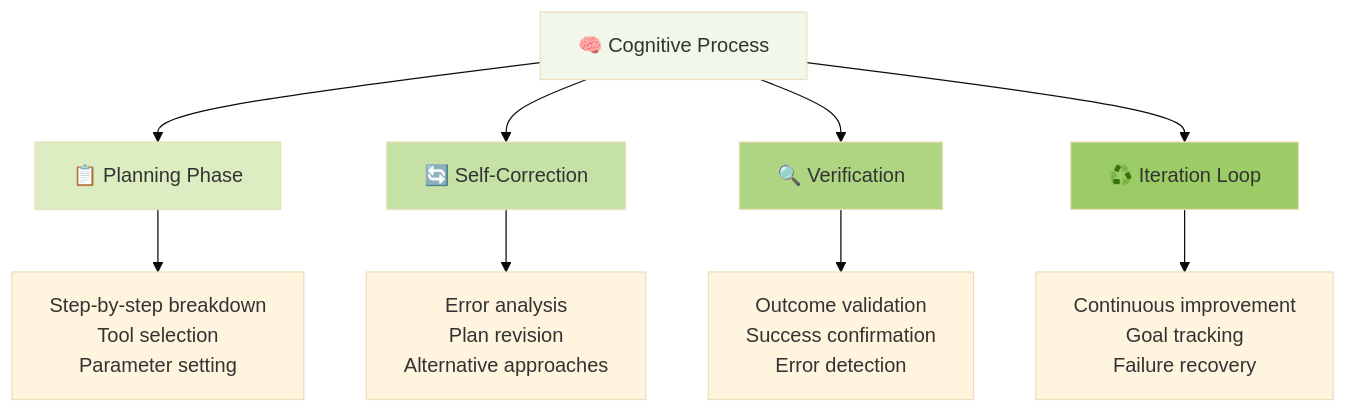
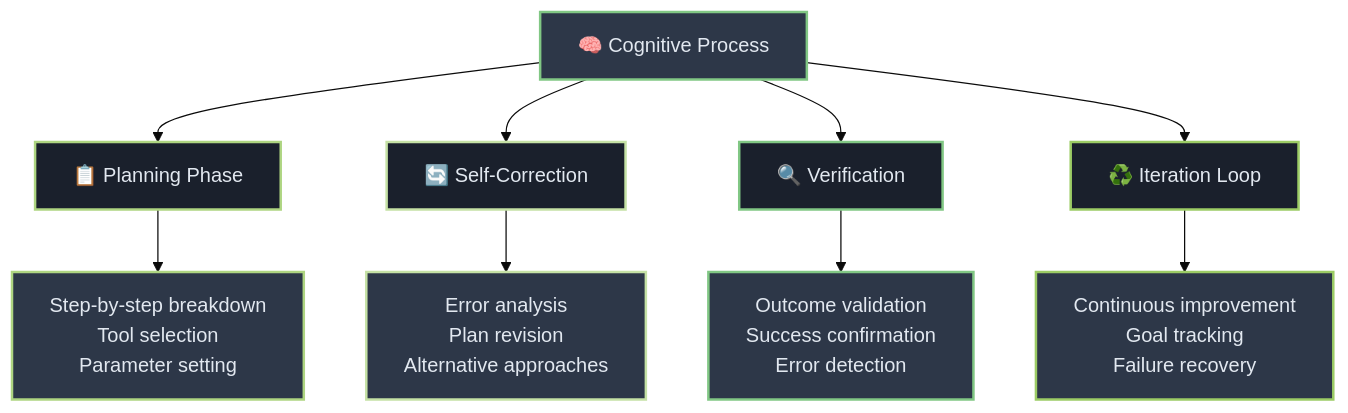
Before and after one commit to josemlopez/prompt_tutorial: the fifth of 8 diagrams in Part_II_Section_5_The_Anatomy_of_an_Agentic_System_Prompt_A_Universal_Blueprint.md, drawn with Mermaid (base theme). The commit also changed other lines of this file and 7 other files, not shown here.

````diff
--- a/Part_II_Section_5_The_Anatomy_of_an_Agentic_System_Prompt_A_Universal_Blueprint.md
+++ b/Part_II_Section_5_The_Anatomy_of_an_Agentic_System_Prompt_A_Universal_Blueprint.md
@@ -210,18 +218,22 @@
 ```mermaid
 graph TD
-    A[🧠 Cognitive Process] --> B[📋 Planning Phase]
-    A --> C[🔄 Self-Correction]
-    A --> D[🔍 Verification]
-    A --> E[♻️ Iteration Loop]
-    
-    B --> F[Step-by-step breakdown<br/>Tool selection<br/>Parameter setting]
-    C --> G[Error analysis<br/>Plan revision<br/>Alternative approaches]
-    D --> H[Outcome validation<br/>Success confirmation<br/>Error detection]
-    E --> I[Continuous improvement<br/>Goal tracking<br/>Failure recovery]
-    
-    style A fill:#f1f8e9
-    style B fill:#dcedc1
-    style C fill:#c5e1a5
-    style D fill:#aed581
-    style E fill:#9ccc65
+   A[🧠 Cognitive Process] --> B[📋 Planning Phase]
+   A --> C[🔄 Self-Correction]
+   A --> D[🔍 Verification]
+   A --> E[♻️ Iteration Loop]
+   
+   B --> F[Step-by-step breakdown<br/>Tool selection<br/>Parameter setting]
+   C --> G[Error analysis<br/>Plan revision<br/>Alternative approaches]
+   D --> H[Outcome validation<br/>Success confirmation<br/>Error detection]
+   E --> I[Continuous improvement<br/>Goal tracking<br/>Failure recovery]
+   
+   style A fill:#2d3748,stroke:#81c784,stroke-width:2px,color:#e2e8f0
+   style B fill:#1a202c,stroke:#aed581,stroke-width:2px,color:#e2e8f0
+   style C fill:#1a202c,stroke:#c5e1a5,stroke-width:2px,color:#e2e8f0
+   style D fill:#1a202c,stroke:#81c784,stroke-width:2px,color:#e2e8f0
+   style E fill:#1a202c,stroke:#9ccc65,stroke-width:2px,color:#e2e8f0
+   style F fill:#2d3748,stroke:#aed581,stroke-width:2px,color:#e2e8f0
+   style G fill:#2d3748,stroke:#c5e1a5,stroke-width:2px,color:#e2e8f0
+   style H fill:#2d3748,stroke:#81c784,stroke-width:2px,color:#e2e8f0
+   style I fill:#2d3748,stroke:#9ccc65,stroke-width:2px,color:#e2e8f0
 ```
````
